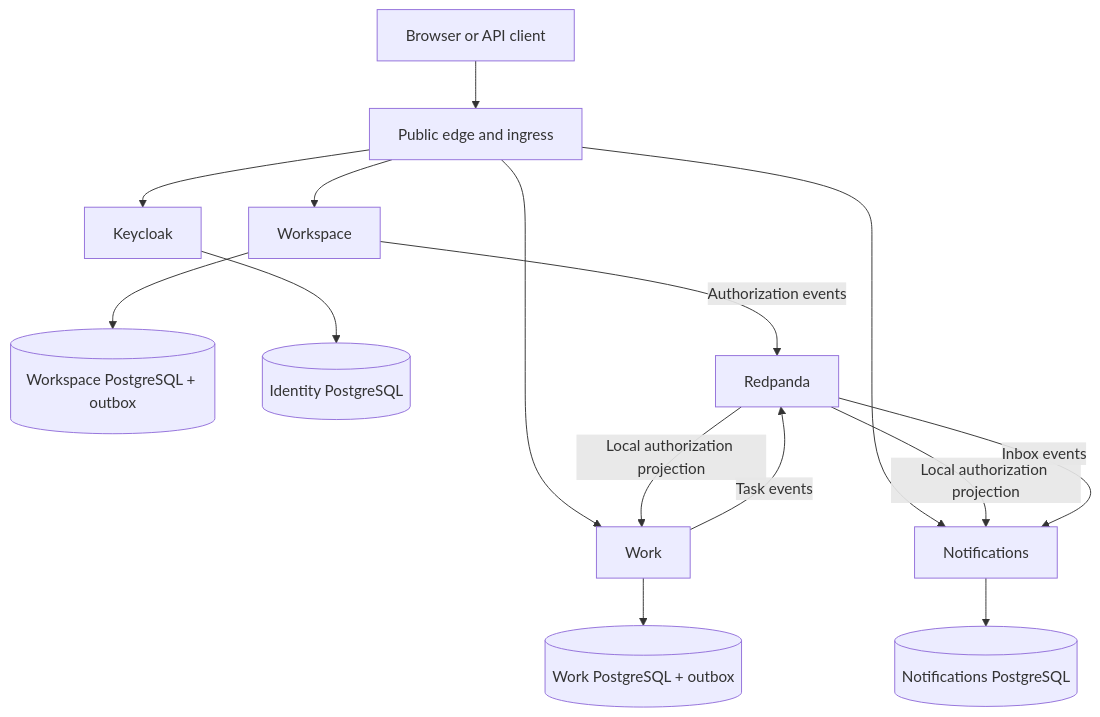
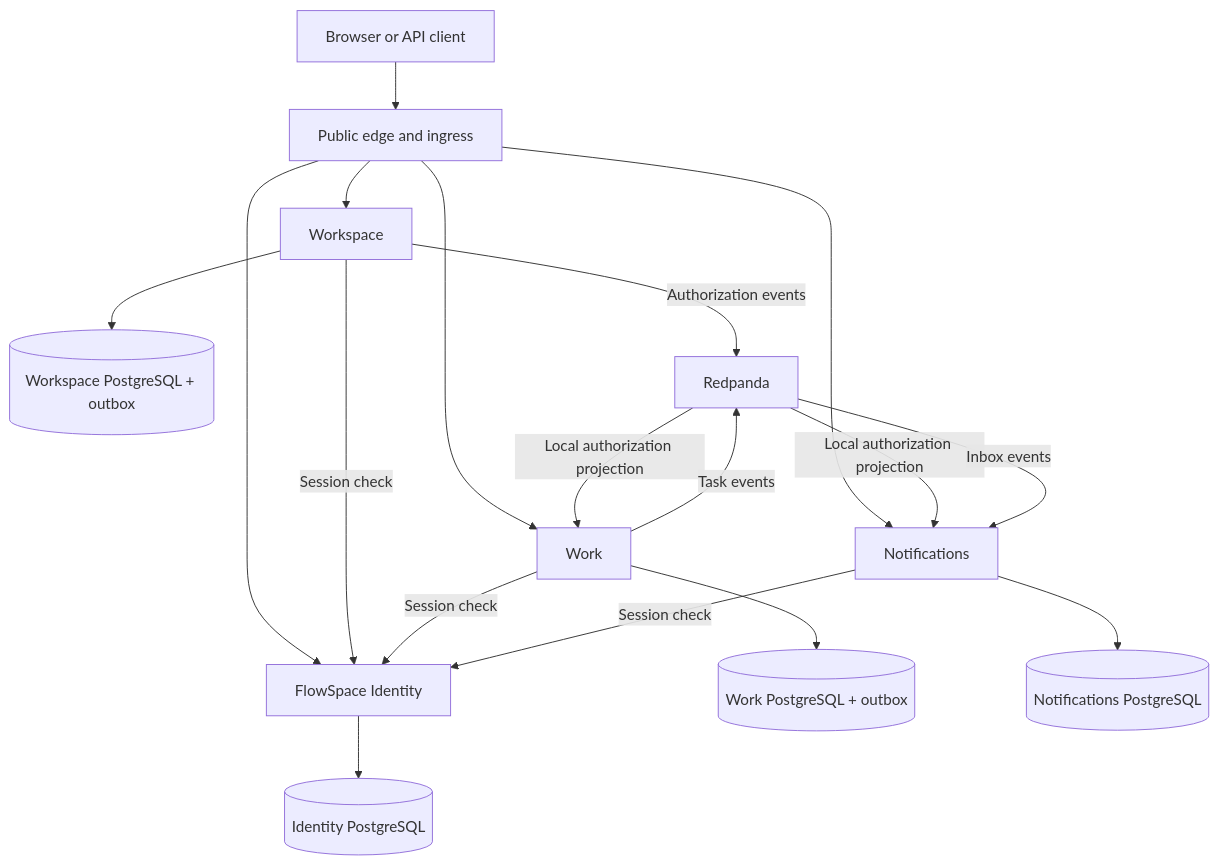
One commit to vasapolrittideah/flowspace-api changed the first of 2 diagrams in docs/architecture.md. Above: the diagram before and after it, drawn with Mermaid. The commit also changed other lines of this file and 8 other files, not shown here.

First line of the commit message:
docs(adr): accept FlowSpace-owned authentication (#80)

````diff
--- a/docs/architecture.md
+++ b/docs/architecture.md
@@ -69,19 +71,23 @@
 ```mermaid
 flowchart TD
     Client[Browser or API client] --> Edge[Public edge and ingress]
-    Edge --> Identity[Keycloak]
+    Edge --> Identity[FlowSpace Identity]
     Edge --> Workspace[Workspace]
     Edge --> Work[Work]
     Edge --> Notifications[Notifications]
 
     Workspace --> WorkspaceDB[(Workspace PostgreSQL + outbox)]
     Work --> WorkDB[(Work PostgreSQL + outbox)]
     Notifications --> NotificationsDB[(Notifications PostgreSQL)]
     Identity --> IdentityDB[(Identity PostgreSQL)]
 
+    Workspace -->|Session check| Identity
+    Work -->|Session check| Identity
+    Notifications -->|Session check| Identity
+
     Workspace -->|Authorization events| Events[Redpanda]
     Events -->|Local authorization projection| Work
     Events -->|Local authorization projection| Notifications
     Work -->|Task events| Events
     Events -->|Inbox events| Notifications
 ```
````
